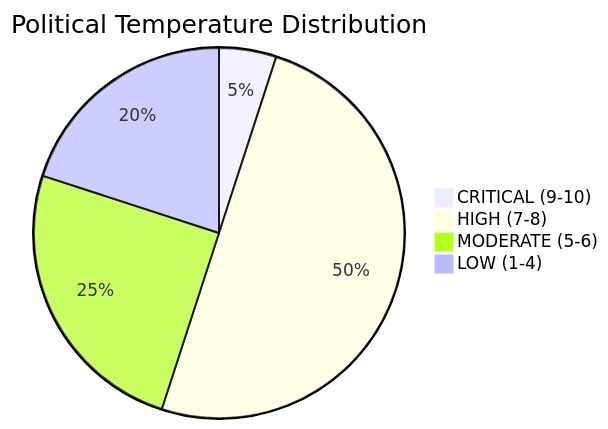
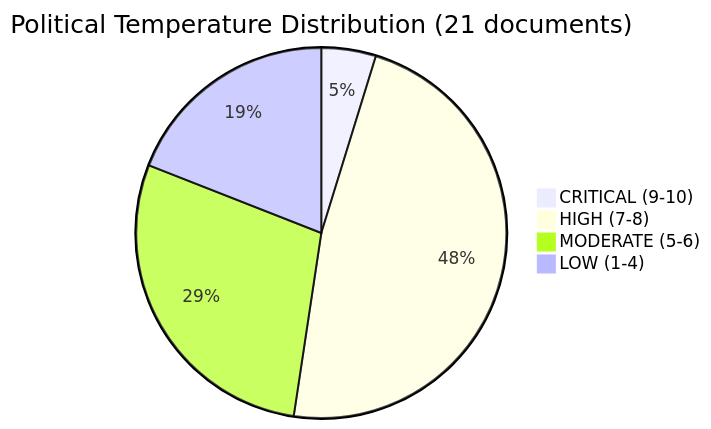
Before and after one commit to Hack23/riksdagsmonitor: the second of 2 diagrams in analysis/daily/2026-04-16/evening-analysis/classification-results.md, drawn with Mermaid. The commit also changed other lines of this file and 6 other files, not shown here.

````diff
--- a/analysis/daily/2026-04-16/evening-analysis/classification-results.md
+++ b/analysis/daily/2026-04-16/evening-analysis/classification-results.md
@@ -73,7 +74,7 @@
 ```mermaid
-pie title Political Temperature Distribution
+pie title Political Temperature Distribution (21 documents)
     "CRITICAL (9-10)" : 1
     "HIGH (7-8)" : 10
-    "MODERATE (5-6)" : 5
+    "MODERATE (5-6)" : 6
     "LOW (1-4)" : 4
 ```
````
